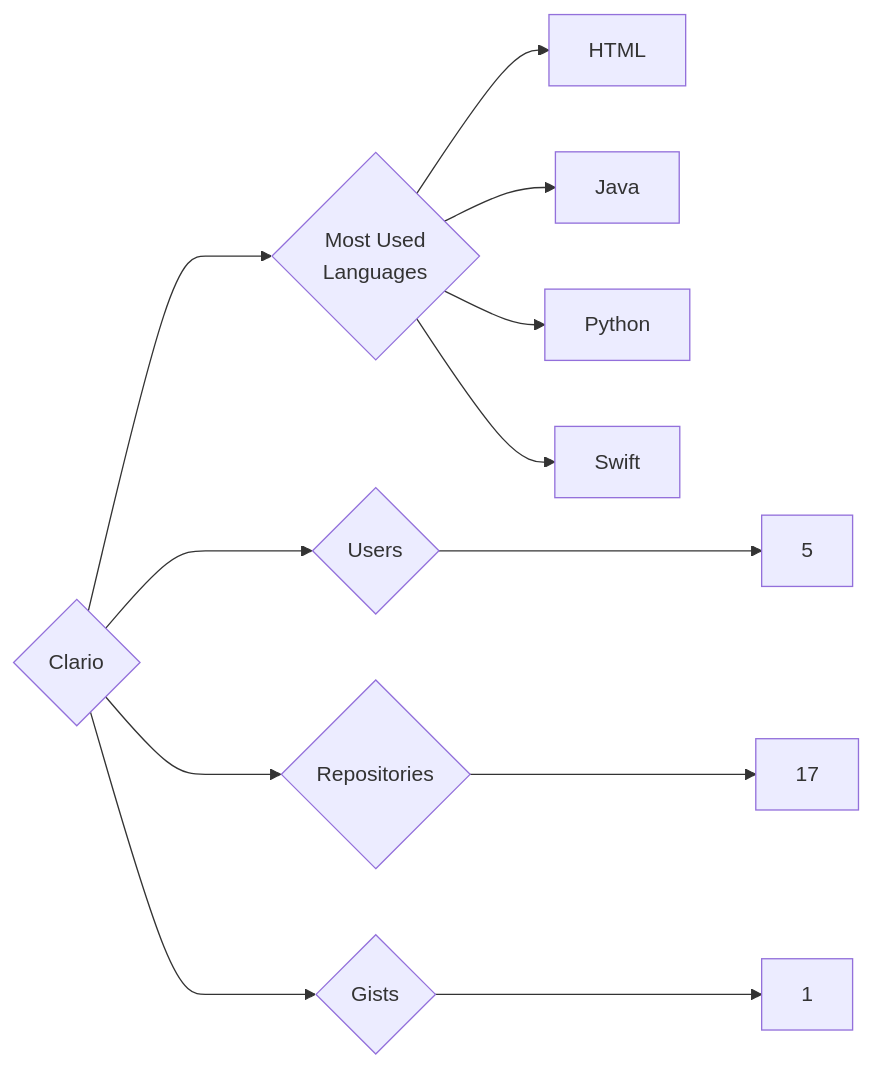
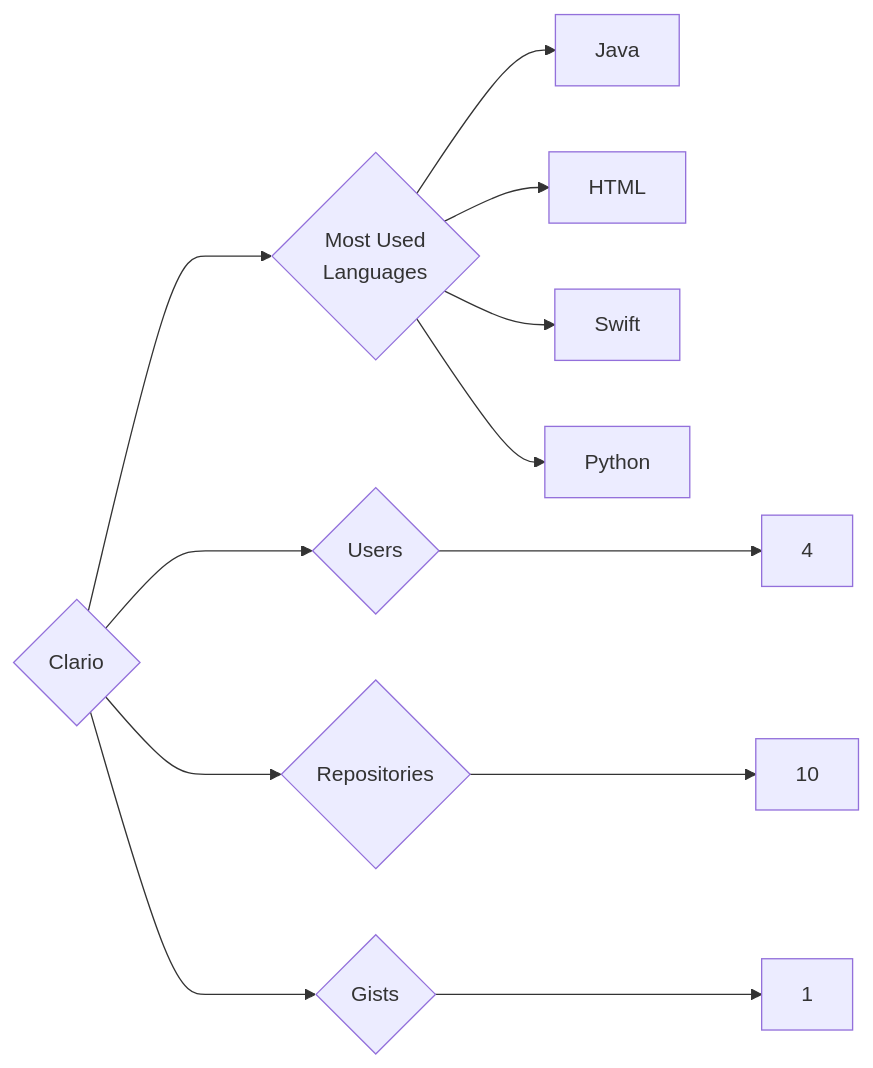
The diagram in targets/Clario/README.md (trickest/insiders), drawn with Mermaid before and after one commit. The commit also changed 1036 other files, not shown here.

````diff
--- a/targets/Clario/README.md
+++ b/targets/Clario/README.md
@@ -3,12 +3,12 @@
 ```mermaid
 graph LR
 COMPANY_NAME{Clario}
-COMPANY_NAME ---> U{Users} ---> UN[5]
-COMPANY_NAME ---> R{Repositories} ---> RN[17]
+COMPANY_NAME ---> U{Users} ---> UN[4]
+COMPANY_NAME ---> R{Repositories} ---> RN[10]
 COMPANY_NAME ---> G{Gists} ---> GN[1]
 COMPANY_NAME ---> ML{Most Used<br>Languages}
+ML --> Java[Java]
 ML --> HTML[HTML]
-ML --> Java[Java]
+ML --> Swift[Swift]
 ML --> Python[Python]
-ML --> Swift[Swift]
 ```
````
